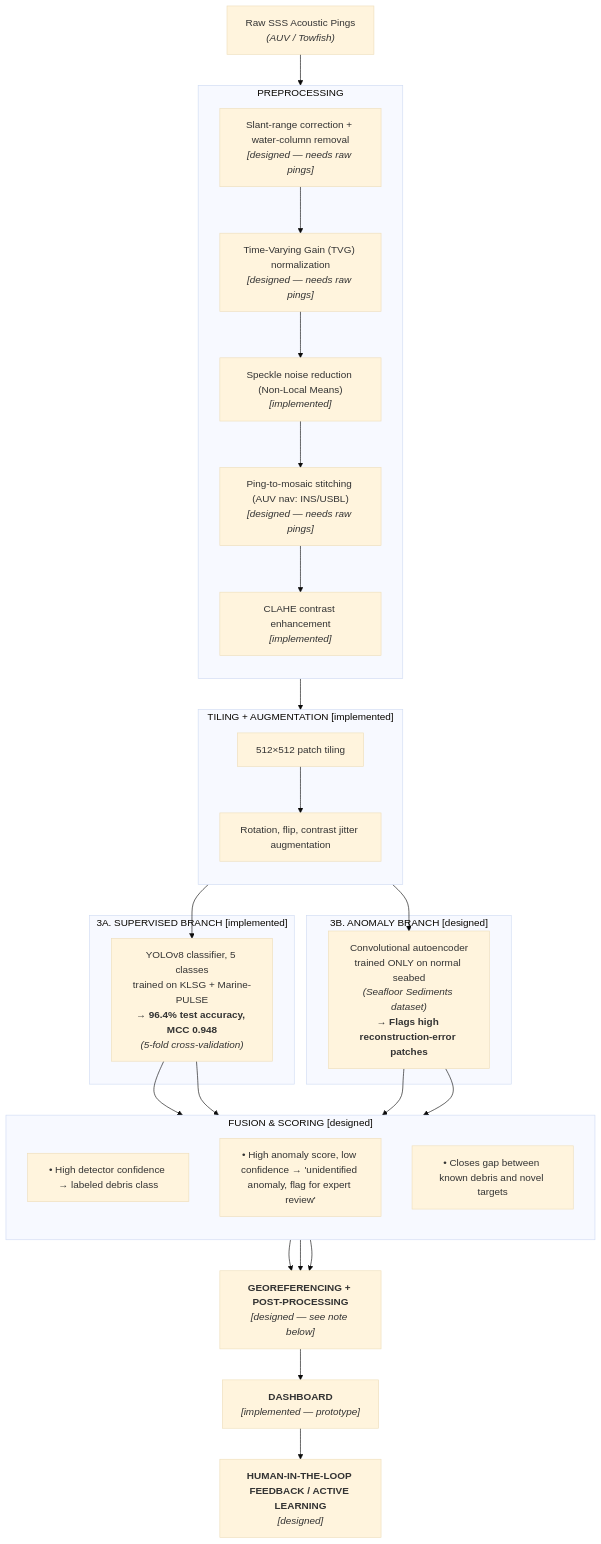
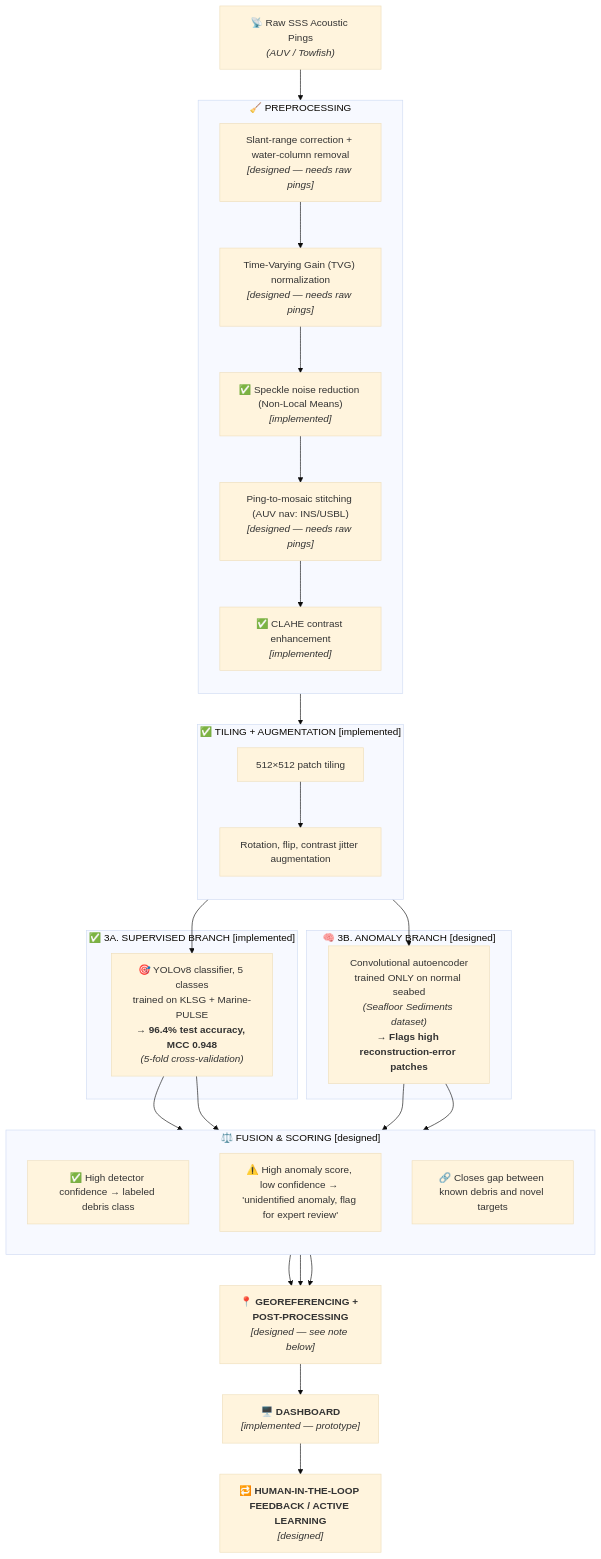
One commit to ssuklabaidya/NilSagar changed the diagram in README.md. Above: the diagram before and after it, drawn with Mermaid (base theme). The commit also changed other lines of this file, not shown here.

````diff
--- a/README.md
+++ b/README.md
@@ -16,54 +34,54 @@
 ```mermaid
 flowchart TD
-    A["Raw SSS Acoustic Pings<br/><i>(AUV / Towfish)</i>"] --> B1
+    A["📡 Raw SSS Acoustic Pings<br/><i>(AUV / Towfish)</i>"] --> B1
 
-    subgraph PREPROCESSING["PREPROCESSING"]
+    subgraph PREPROCESSING["🧹 PREPROCESSING"]
         direction TB
         B1["Slant-range correction + water-column removal<br/><i>[designed — needs raw pings]</i>"]
         B2["Time-Varying Gain (TVG) normalization<br/><i>[designed — needs raw pings]</i>"]
-        B3["Speckle noise reduction (Non-Local Means)<br/><i>[implemented]</i>"]
+        B3["✅ Speckle noise reduction (Non-Local Means)<br/><i>[implemented]</i>"]
         B4["Ping-to-mosaic stitching (AUV nav: INS/USBL)<br/><i>[designed — needs raw pings]</i>"]
-        B5["CLAHE contrast enhancement<br/><i>[implemented]</i>"]
+        B5["✅ CLAHE contrast enhancement<br/><i>[implemented]</i>"]
         B1 --> B2 --> B3 --> B4 --> B5
     end
 
     B5 --> C1
 
-    subgraph TILING["TILING + AUGMENTATION [implemented]"]
+    subgraph TILING["✅ TILING + AUGMENTATION [implemented]"]
         direction TB
         C1["512×512 patch tiling"]
         C2["Rotation, flip, contrast jitter augmentation"]
         C1 --> C2
     end
 
     C2 --> D1a
     C2 --> D2a
 
-    subgraph D1["3A. SUPERVISED BRANCH [implemented]"]
-        D1a["YOLOv8 classifier, 5 classes<br/>trained on KLSG + Marine-PULSE<br/><b>→ 96.4% test accuracy, MCC 0.948</b><br/><i>(5-fold cross-validation)</i>"]
+    subgraph D1["✅ 3A. SUPERVISED BRANCH [implemented]"]
+        D1a["🎯 YOLOv8 classifier, 5 classes<br/>trained on KLSG + Marine-PULSE<br/><b>→ 96.4% test accuracy, MCC 0.948</b><br/><i>(5-fold cross-validation)</i>"]
     end
 
-    subgraph D2["3B. ANOMALY BRANCH [designed]"]
+    subgraph D2["🧠 3B. ANOMALY BRANCH [designed]"]
         D2a["Convolutional autoencoder<br/>trained ONLY on normal seabed<br/><i>(Seafloor Sediments dataset)</i><br/><b>→ Flags high reconstruction-error patches</b>"]
     end
 
     D1a --> E1
     D1a --> E2
     D2a --> E2
     D2a --> E3
 
-    subgraph FUSION["FUSION & SCORING [designed]"]
+    subgraph FUSION["⚖️ FUSION & SCORING [designed]"]
         direction TB
-        E1["• High detector confidence → labeled debris class"]
-        E2["• High anomaly score, low confidence → 'unidentified anomaly, flag for expert review'"]
-        E3["• Closes gap between known debris and novel targets"]
+        E1["✅ High detector confidence → labeled debris class"]
+        E2["⚠️ High anomaly score, low confidence → 'unidentified anomaly, flag for expert review'"]
+        E3["🔗 Closes gap between known debris and novel targets"]
     end
 
     E1 --> F
     E2 --> F
     E3 --> F
 
-    F["<b>GEOREFERENCING + POST-PROCESSING</b><br/><i>[designed — see note below]</i>"] --> G
-    G["<b>DASHBOARD</b><br/><i>[implemented — prototype]</i>"] --> H
-    H["<b>HUMAN-IN-THE-LOOP FEEDBACK / ACTIVE LEARNING</b><br/><i>[designed]</i>"]
+    F["📍 <b>GEOREFERENCING + POST-PROCESSING</b><br/><i>[designed — see note below]</i>"] --> G
+    G["🖥️ <b>DASHBOARD</b><br/><i>[implemented — prototype]</i>"] --> H
+    H["🔁 <b>HUMAN-IN-THE-LOOP FEEDBACK / ACTIVE LEARNING</b><br/><i>[designed]</i>"]
 ```
````
